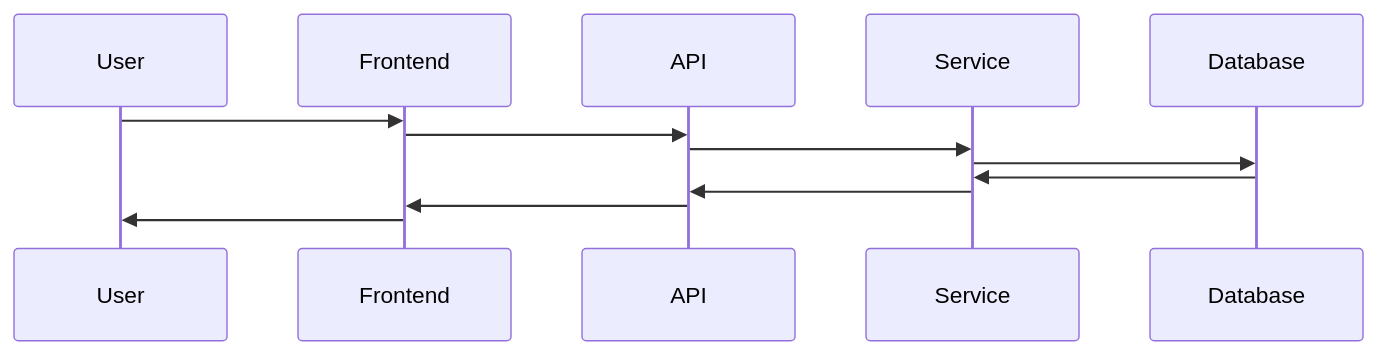
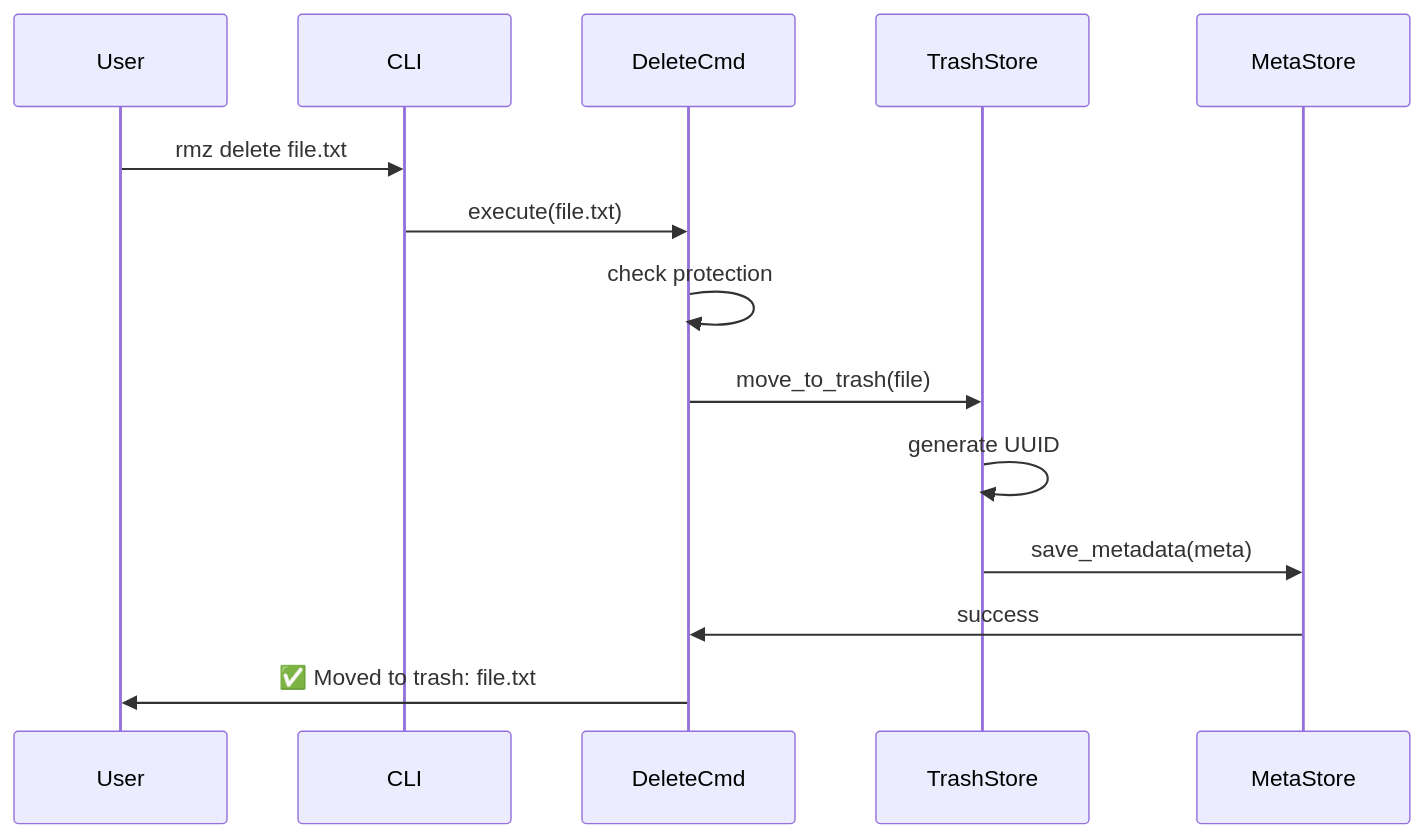
Before and after one commit to daktu32/rmz: the third of 5 diagrams in docs/ARCHITECTURE.md, drawn with Mermaid. The commit also changed other lines of this file and 30 other files, not shown here.

````diff
--- a/docs/ARCHITECTURE.md
+++ b/docs/ARCHITECTURE.md
@@ -102,17 +119,17 @@
 ```mermaid
 sequenceDiagram
     participant User
-    participant Frontend
-    participant API
-    participant Service
-    participant Database
+    participant CLI
+    participant DeleteCmd
+    participant TrashStore
+    participant MetaStore
     
-    User->>Frontend: 
-    Frontend->>API: 
-    API->>Service: 
-    Service->>Database: 
-    Database->>Service: 
-    Service->>API: 
-    API->>Frontend: 
-    Frontend->>User: 
+    User->>CLI: rmz delete file.txt
+    CLI->>DeleteCmd: execute(file.txt)
+    DeleteCmd->>DeleteCmd: check protection
+    DeleteCmd->>TrashStore: move_to_trash(file)
+    TrashStore->>TrashStore: generate UUID
+    TrashStore->>MetaStore: save_metadata(meta)
+    MetaStore->>DeleteCmd: success
+    DeleteCmd->>User: ✅ Moved to trash: file.txt
 ```
````
